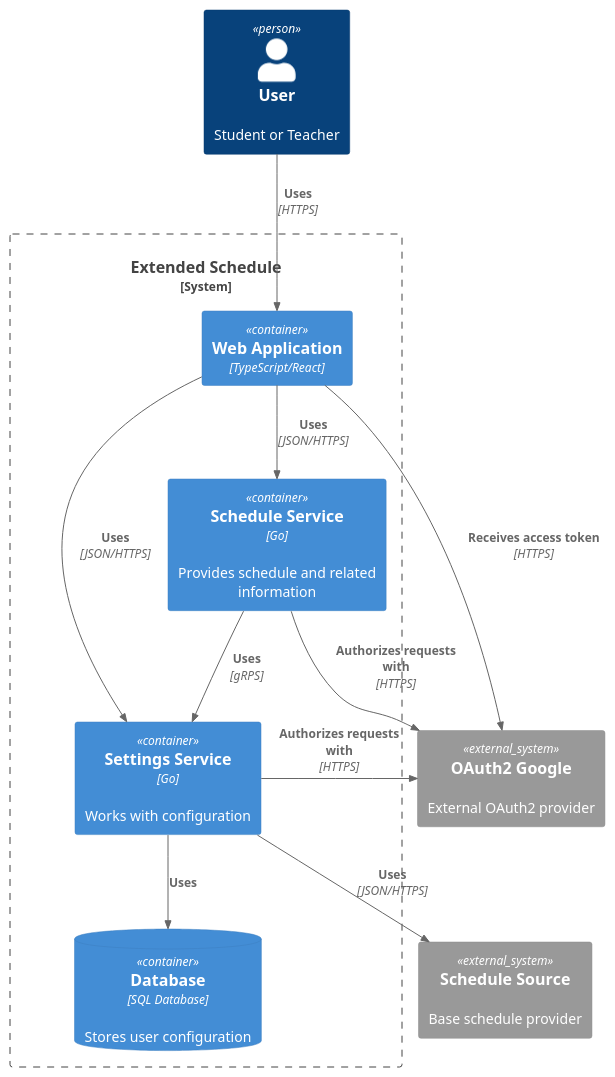
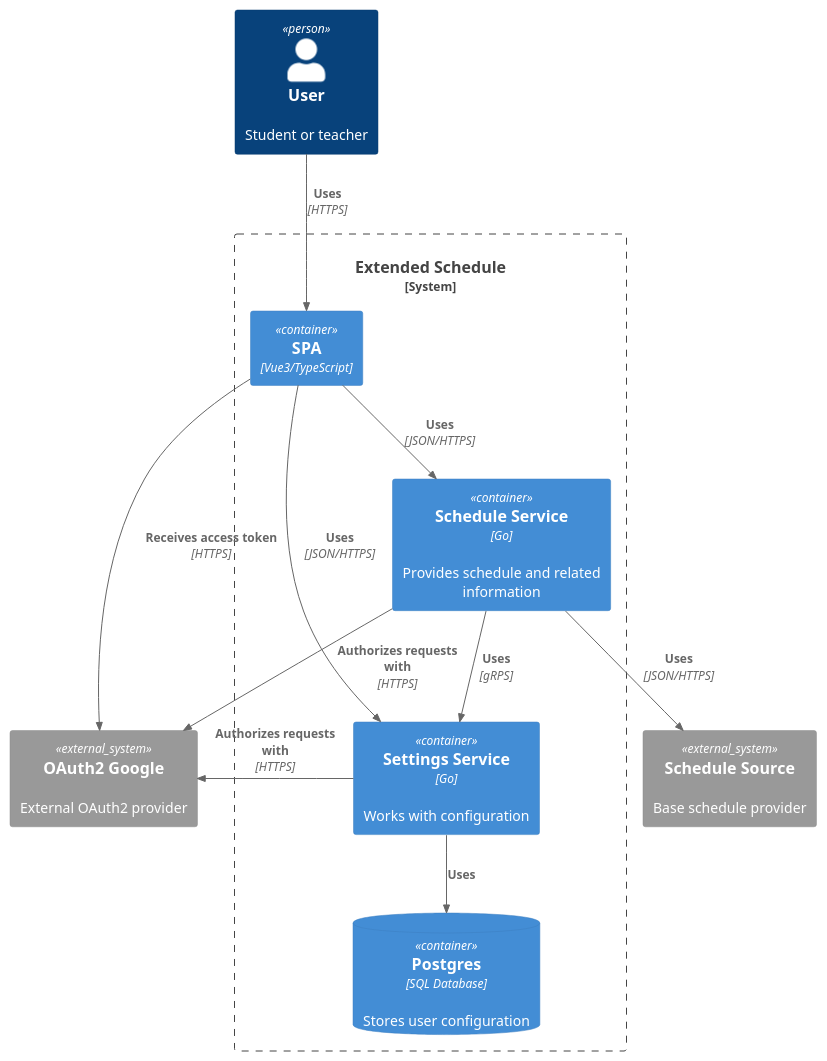
One commit to tellmeac/ExtendedSchedule changed the diagram in docs/containers.puml. Above: the diagram before and after it, drawn with PlantUML. The commit also changed 1 other file, not shown here.

```diff
--- a/docs/containers.puml
+++ b/docs/containers.puml
@@ -1,34 +1,34 @@
 @startuml Containers
 
 !includeurl https://raw.githubusercontent.com/RicardoNiepel/C4-PlantUML/master/C4_Component.puml
 
-Person(user, User, "Student or Teacher")
+Person(user, User, "Student or teacher")
 
 System_Boundary(api, "Extended Schedule") {
-    Container(spa, "Web Application", "TypeScript/React")
+    Container(spa, "SPA", "Vue3/TypeScript")
 
-    Container(UserConfig, "Settings Service", "Go", "Works with configuration")
+    Container(UserConfigService, "Settings Service", "Go", "Works with configuration")
     Container(ScheduleService, "Schedule Service", "Go", "Provides schedule and related information")
 
-    ContainerDb(db, "Database", "SQL Database", "Stores user configuration")
+    ContainerDb(db, "Postgres", "SQL Database", "Stores user configuration")
 
-    Rel(ScheduleService, UserConfig, "Uses", "gRPS")
+    Rel(ScheduleService, UserConfigService, "Uses", "gRPS")
 
-    Rel(spa, UserConfig, "Uses", "JSON/HTTPS")
+    Rel(spa, UserConfigService, "Uses", "JSON/HTTPS")
     Rel(spa, ScheduleService, "Uses", "JSON/HTTPS")
 
-    Rel(UserConfig, db, "Uses")
+    Rel(UserConfigService, db, "Uses")
 }
 
 System_Ext(oauth, "OAuth2 Google", "External OAuth2 provider")
 System_Ext(scheduleProvider, "Schedule Source", "Base schedule provider")
 
 Rel(user, spa, "Uses", "HTTPS")
 
-Rel_R(UserConfig, oauth, "Authorizes requests with", "HTTPS")
+Rel_R(UserConfigService, oauth, "Authorizes requests with", "HTTPS")
 Rel_R(ScheduleService, oauth, "Authorizes requests with", "HTTPS")
 Rel_R(spa, oauth, "Receives access token", "HTTPS")
 
-Rel(UserConfig, scheduleProvider, "Uses", "JSON/HTTPS")
+Rel(ScheduleService, scheduleProvider, "Uses", "JSON/HTTPS")
 
 @enduml
```
